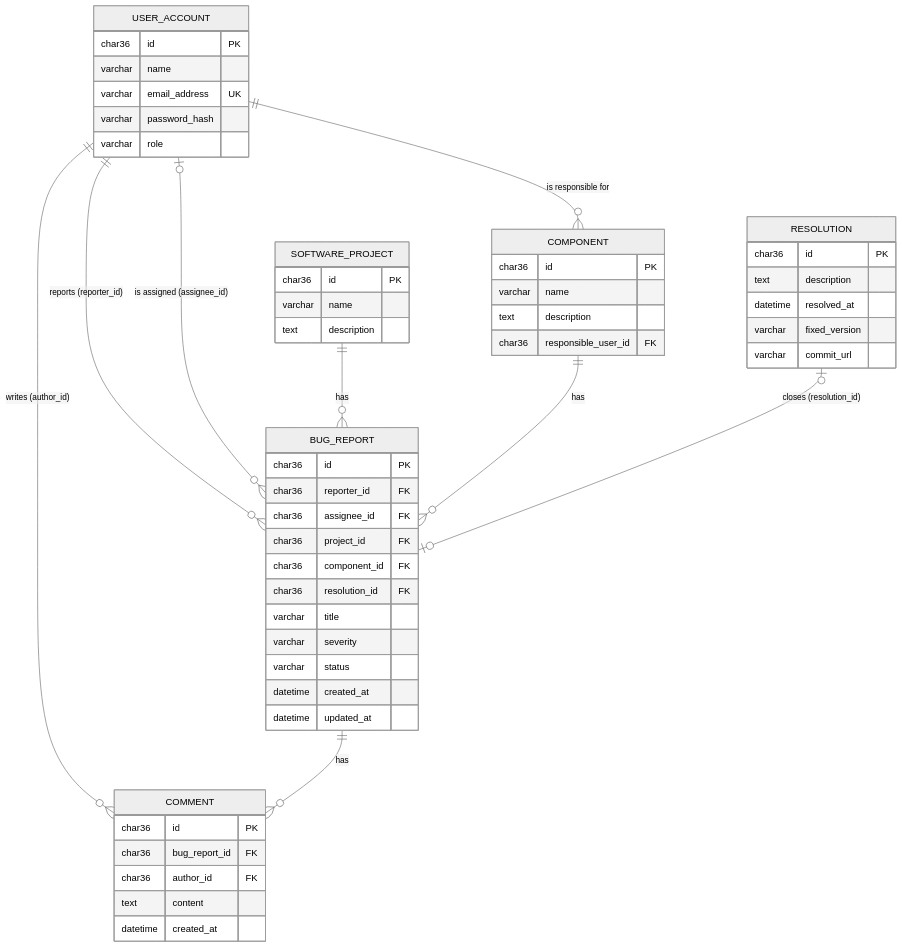
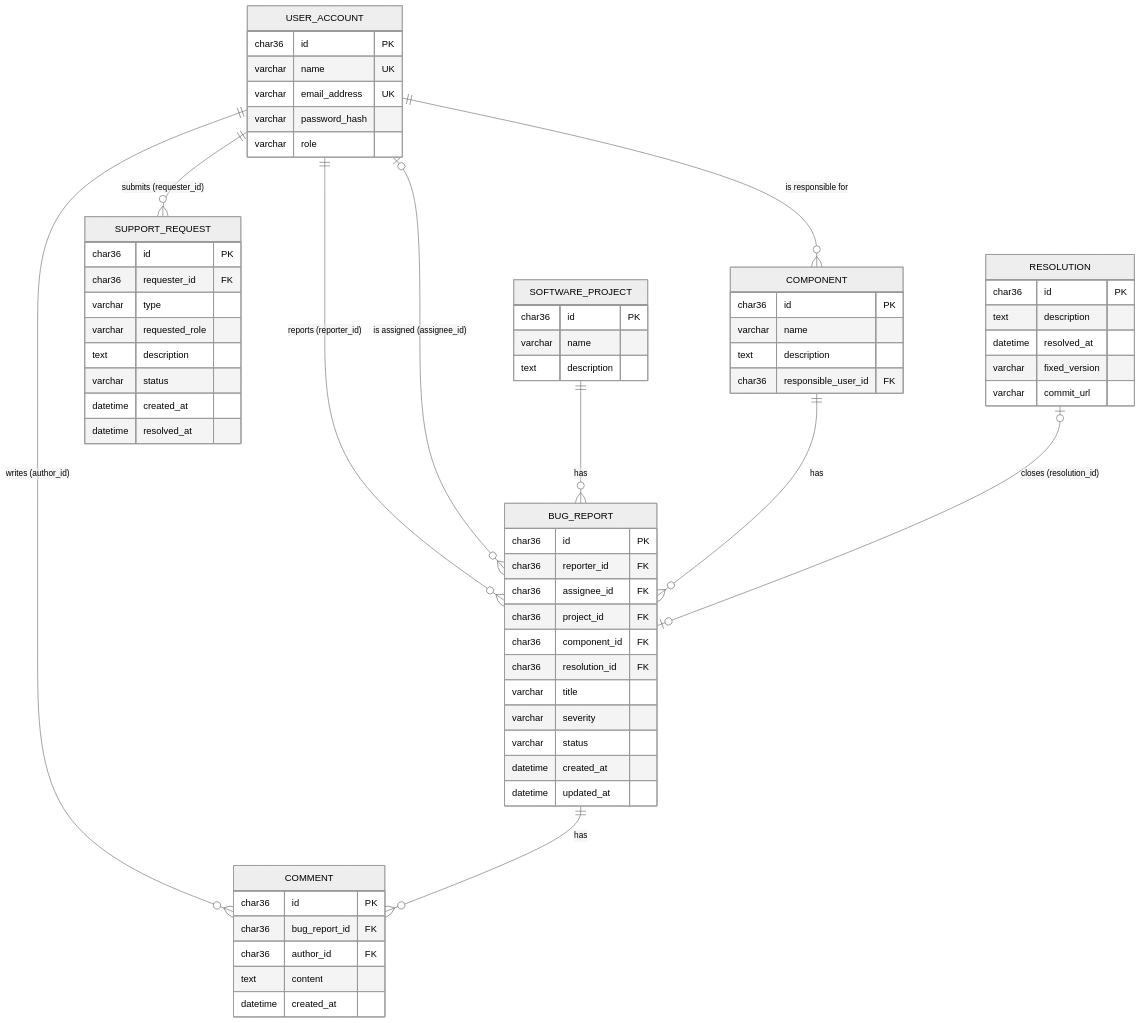
Before and after one commit to ramys2/bug-report-system: the third of 6 diagrams in README.md, drawn with Mermaid (neutral theme). The commit also changed other lines of this file, not shown here.

Commit message:
Update README for registration and support workflows

````diff
--- a/README.md
+++ b/README.md
@@ -147,57 +169,68 @@
 ```mermaid
 erDiagram
     USER_ACCOUNT ||--o{ BUG_REPORT : "reports (reporter_id)"
     USER_ACCOUNT |o--o{ BUG_REPORT : "is assigned (assignee_id)"
     USER_ACCOUNT ||--o{ COMPONENT : "is responsible for"
     USER_ACCOUNT ||--o{ COMMENT : "writes (author_id)"
+    USER_ACCOUNT ||--o{ SUPPORT_REQUEST : "submits (requester_id)"
     SOFTWARE_PROJECT ||--o{ BUG_REPORT : "has"
     COMPONENT ||--o{ BUG_REPORT : "has"
     BUG_REPORT ||--o{ COMMENT : "has"
     RESOLUTION |o--o| BUG_REPORT : "closes (resolution_id)"
 
     USER_ACCOUNT {
         char36 id PK
-        varchar name
+        varchar name UK
         varchar email_address UK
         varchar password_hash
         varchar role
     }
     SOFTWARE_PROJECT {
         char36 id PK
         varchar name
         text description
     }
     COMPONENT {
         char36 id PK
         varchar name
         text description
         char36 responsible_user_id FK
     }
     BUG_REPORT {
         char36 id PK
         char36 reporter_id FK
         char36 assignee_id FK
         char36 project_id FK
         char36 component_id FK
         char36 resolution_id FK
         varchar title
         varchar severity
         varchar status
         datetime created_at
         datetime updated_at
     }
     RESOLUTION {
         char36 id PK
         text description
         datetime resolved_at
         varchar fixed_version
         varchar commit_url
     }
     COMMENT {
         char36 id PK
         char36 bug_report_id FK
         char36 author_id FK
         text content
         datetime created_at
     }
+    SUPPORT_REQUEST {
+        char36 id PK
+        char36 requester_id FK
+        varchar type
+        varchar requested_role
+        text description
+        varchar status
+        datetime created_at
+        datetime resolved_at
+    }
 ```
````
